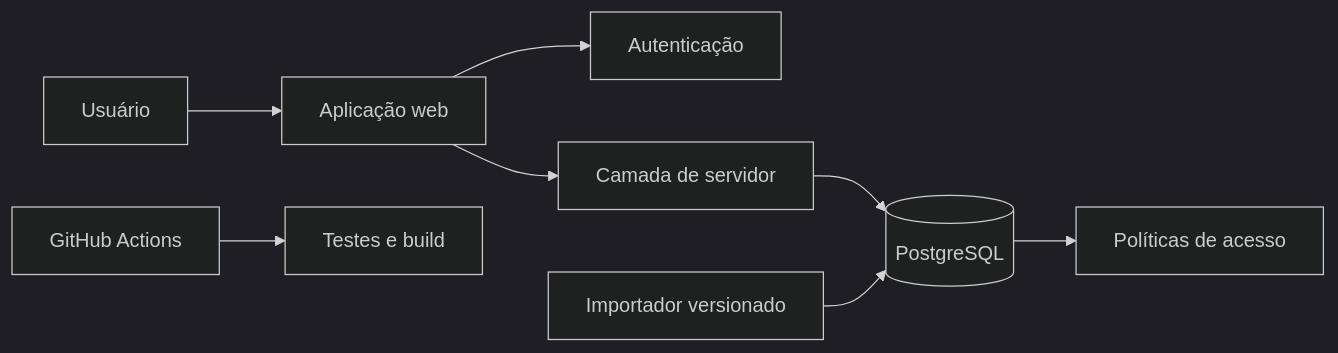
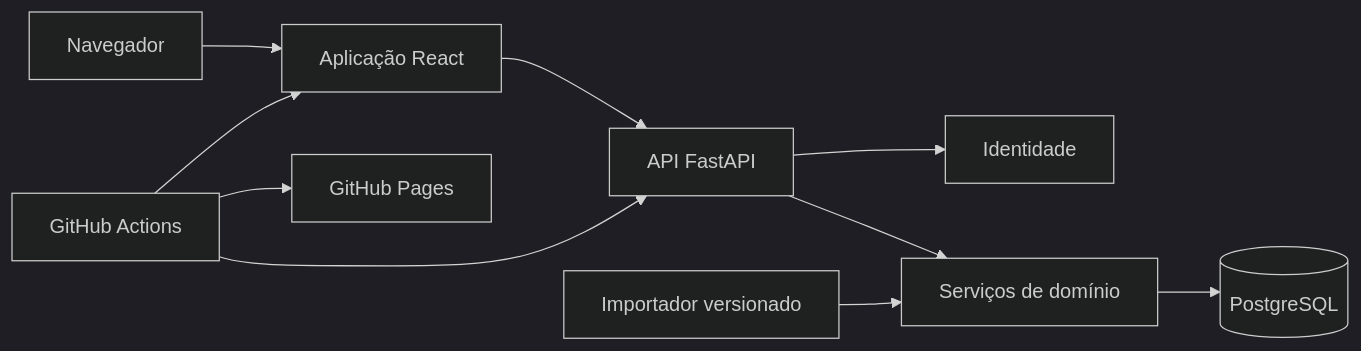
The third of 3 diagrams in docs/desenvolvimento/arquitetura.md (IgorJustino/KEPLER-GRADE-WEB), drawn with Mermaid (dark theme) before and after one commit. The commit also changed other lines of this file and 13 other files, not shown here.

````diff
--- a/docs/desenvolvimento/arquitetura.md
+++ b/docs/desenvolvimento/arquitetura.md
@@ -18,10 +43,12 @@
 ```mermaid
 flowchart LR
-    U[Usuário] --> W[Aplicação web]
-    W --> AU[Autenticação]
-    W --> S[Camada de servidor]
-    S --> D[(PostgreSQL)]
-    D --> R[Políticas de acesso]
-    I[Importador versionado] --> D
-    CI[GitHub Actions] --> Q[Testes e build]
+    U[Navegador] --> WEB[Aplicação React]
+    WEB --> API[API FastAPI]
+    API --> AUTH[Identidade]
+    API --> DOMAIN[Serviços de domínio]
+    DOMAIN --> DB[(PostgreSQL)]
+    IMP[Importador versionado] --> DOMAIN
+    CI[GitHub Actions] --> WEB
+    CI --> API
+    CI --> DOC[GitHub Pages]
 ```
````
